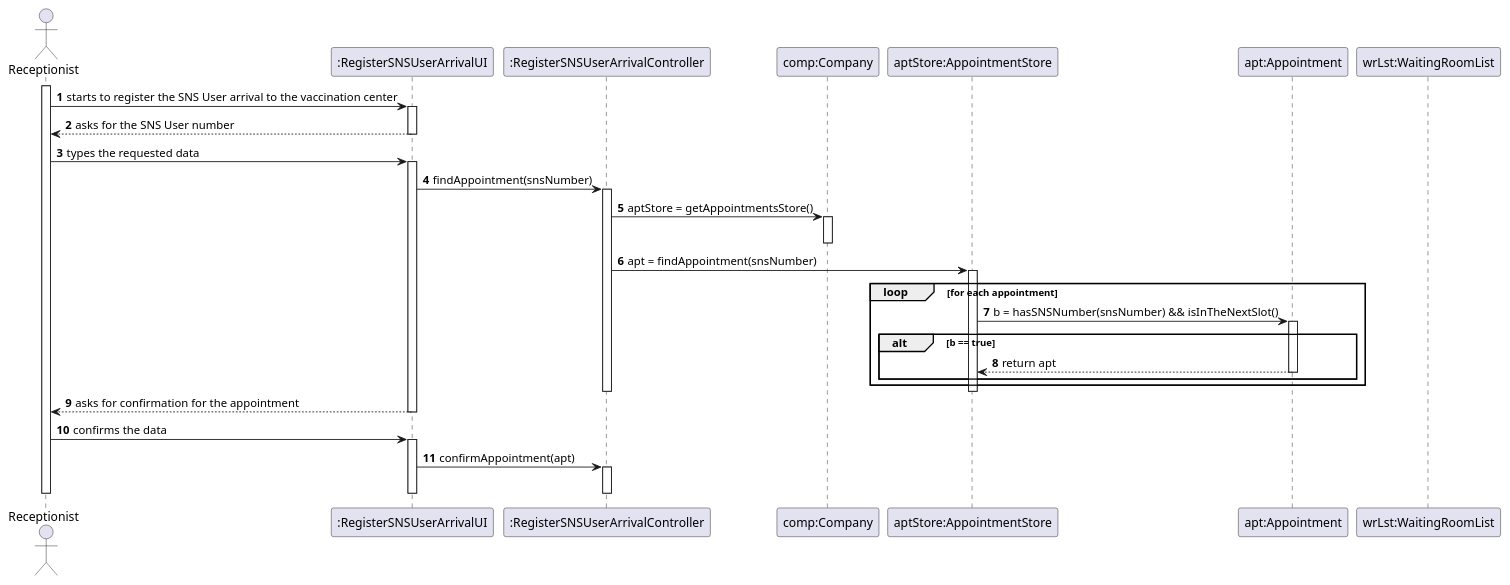
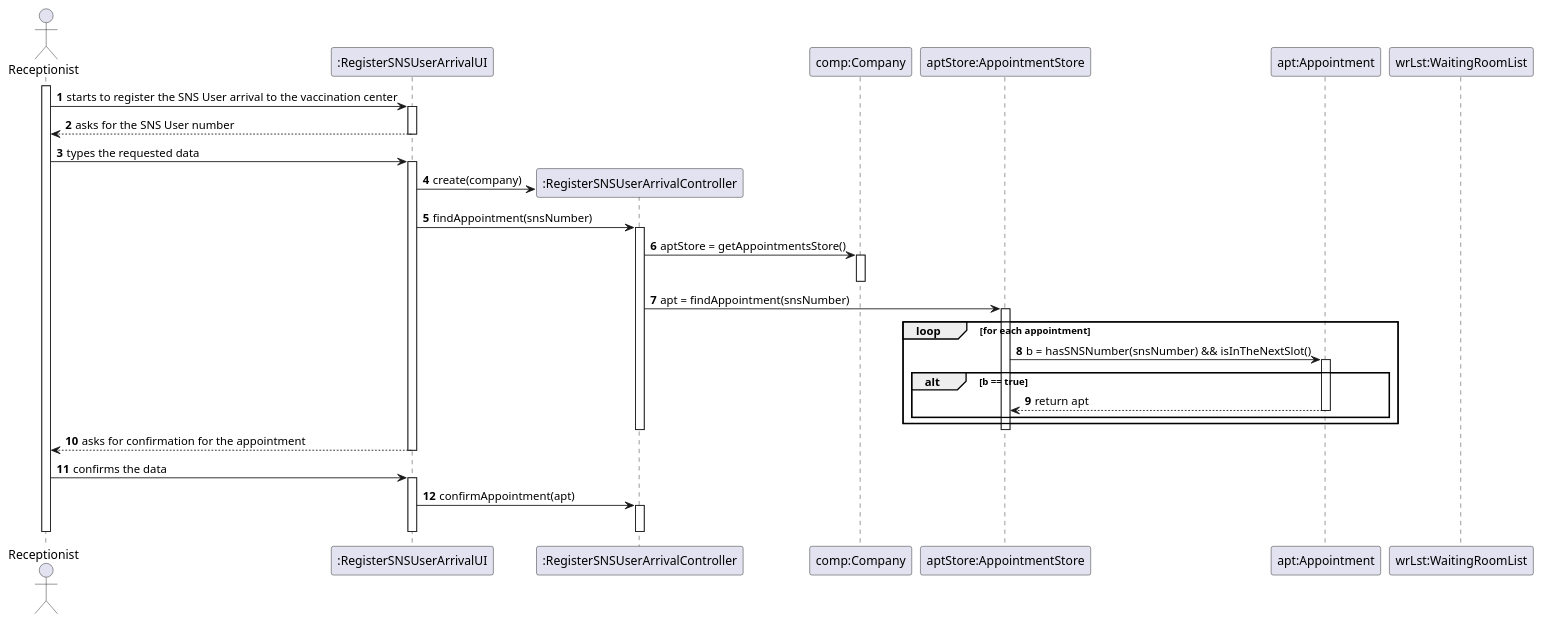
One commit to miseEnPlace-i/lapr2 changed the diagram in docs/SprintC/US04/SD/US04_SD.puml. Above: the diagram before and after it, drawn with PlantUML. The commit also changed 5 other files, not shown here.

```diff
--- a/docs/SprintC/US04/SD/US04_SD.puml
+++ b/docs/SprintC/US04/SD/US04_SD.puml
@@ -1,63 +1,65 @@
 @startuml
 autonumber
 
 actor "Receptionist" as RECEPT
 
 participant ":RegisterSNSUserArrivalUI" as UI
 participant ":RegisterSNSUserArrivalController" as CTRL
 participant "comp:Company" as COMP
 participant "aptStore:AppointmentStore" as APTSTORE
 participant "apt:Appointment" as APT
 participant "wrLst:WaitingRoomList" as WRLST
 
 activate RECEPT
   RECEPT -> UI : starts to register the SNS User arrival to the vaccination center
   activate UI
   
   RECEPT <-- UI : asks for the SNS User number
   deactivate UI
 
   RECEPT -> UI : types the requested data
   activate UI
 
+    
+    UI -> CTRL** : create(company)
     UI -> CTRL : findAppointment(snsNumber)
     activate CTRL
 
       CTRL -> COMP : aptStore = getAppointmentsStore()
       activate COMP
       deactivate COMP
 
       CTRL -> APTSTORE : apt = findAppointment(snsNumber)
       activate APTSTORE
 
         loop for each appointment
           APTSTORE -> APT : b = hasSNSNumber(snsNumber) && isInTheNextSlot()
           activate APT
           alt b == true
             APTSTORE <-- APT : return apt
             deactivate APT
           end
         end
 
       deactivate APTSTORE
 
     deactivate CTRL
   
   RECEPT <-- UI : asks for confirmation for the appointment
   deactivate UI
 
   RECEPT -> UI : confirms the data
   activate UI
 
     UI -> CTRL : confirmAppointment(apt)
     activate CTRL
 
 
 
     deactivate CTRL
 
   deactivate UI
 
 deactivate RECEPT
 
 @enduml
```
